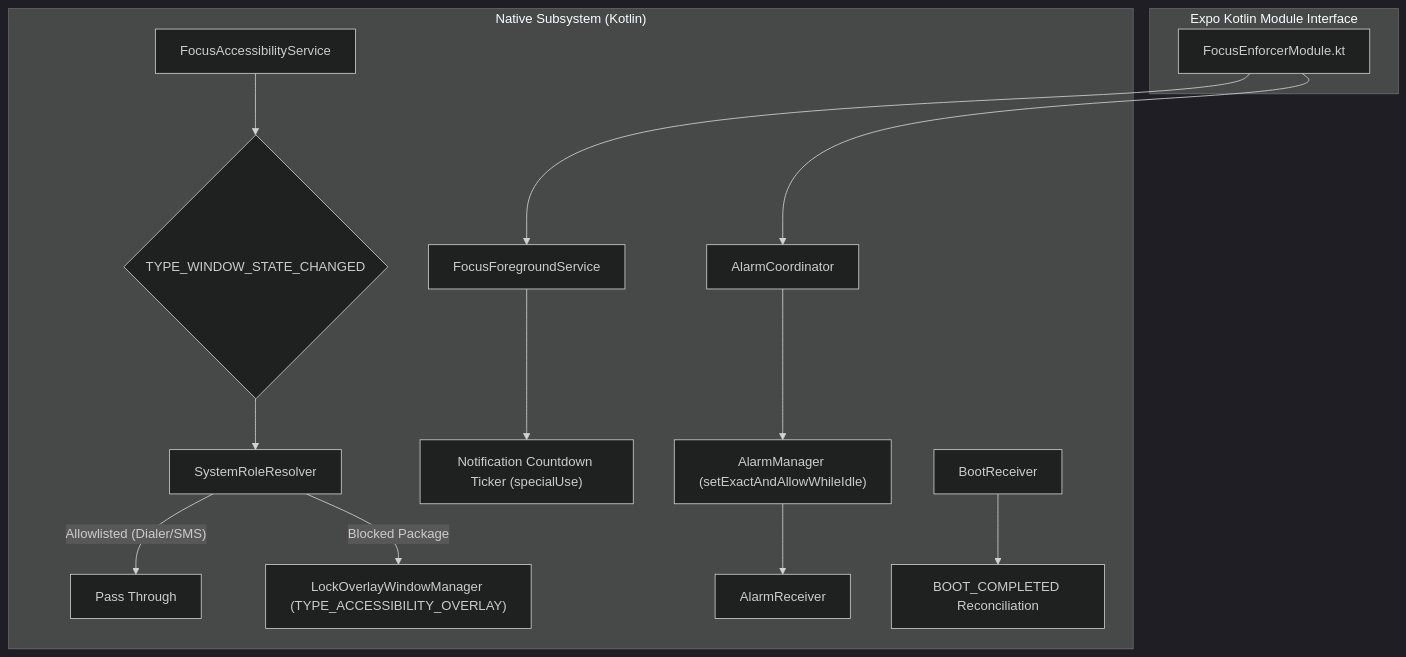
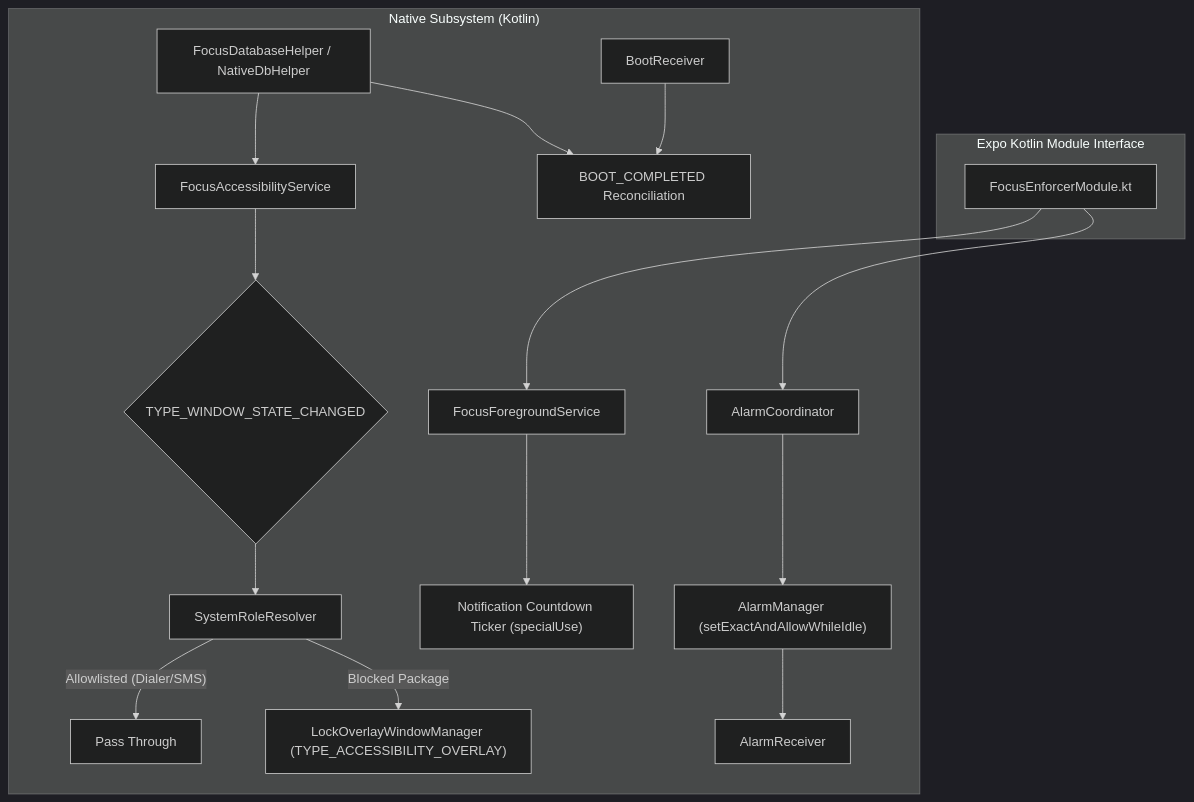
Before and after one commit to coder7475/focusGuard: the diagram in focusGuard/modules/focus-enforcer/README.md, drawn with Mermaid (dark theme). The commit also changed other lines of this file and 6 other files, not shown here.

````diff
--- a/focusGuard/modules/focus-enforcer/README.md
+++ b/focusGuard/modules/focus-enforcer/README.md
@@ -24,21 +24,24 @@
 ```mermaid
 flowchart TD
     subgraph ExpoModule ["Expo Kotlin Module Interface"]
         API["FocusEnforcerModule.kt"]
     end
 
     subgraph EnforcementEngine ["Native Subsystem (Kotlin)"]
         Access["FocusAccessibilityService"] --> Event{"TYPE_WINDOW_STATE_CHANGED"}
         Event --> Resolver["SystemRoleResolver"]
         Resolver -- "Allowlisted (Dialer/SMS)" --> Allow["Pass Through"]
         Resolver -- "Blocked Package" --> Overlay["LockOverlayWindowManager (TYPE_ACCESSIBILITY_OVERLAY)"]
         
         Ticker["FocusForegroundService"] --> Notif["Notification Countdown Ticker (specialUse)"]
         Alarm["AlarmCoordinator"] --> AlarmMgr["AlarmManager (setExactAndAllowWhileIdle)"]
         AlarmMgr --> AlarmRecv["AlarmReceiver"]
         Boot["BootReceiver"] --> BootRecv["BOOT_COMPLETED Reconciliation"]
+        
+        DB["FocusDatabaseHelper / NativeDbHelper"] --> Access
+        DB --> BootRecv
     end
 
     API --> Ticker
     API --> Alarm
 ```
````
